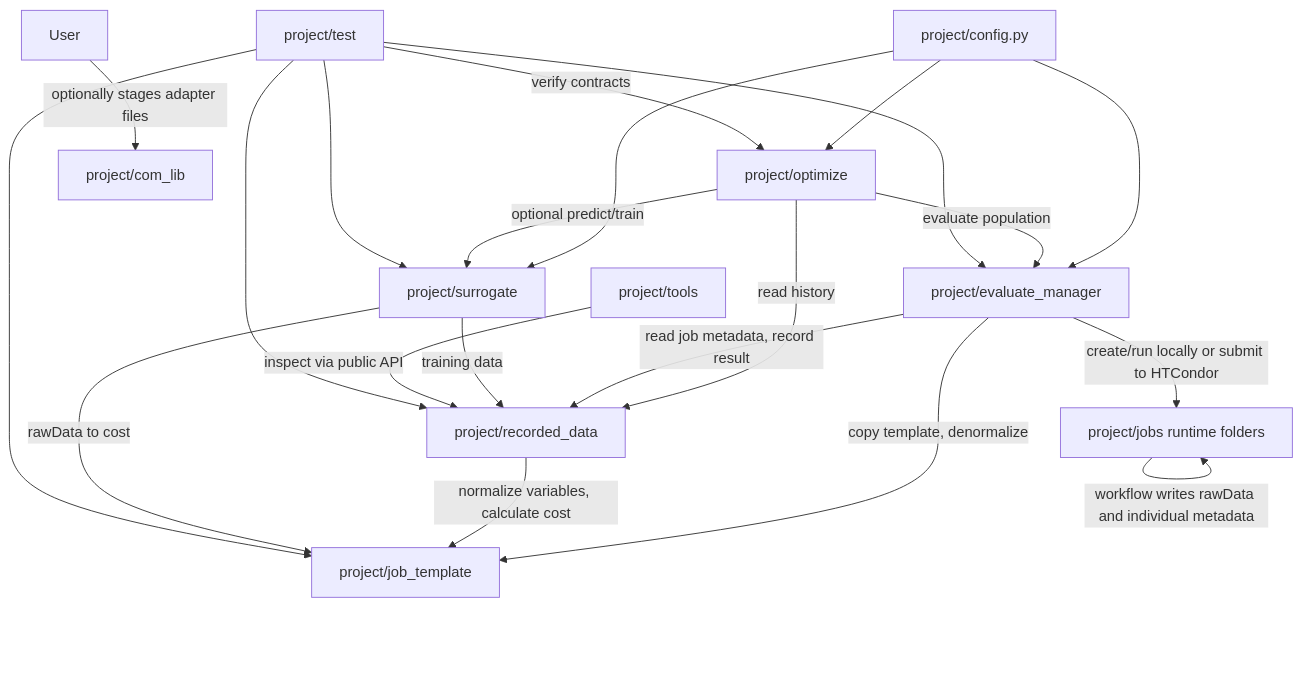
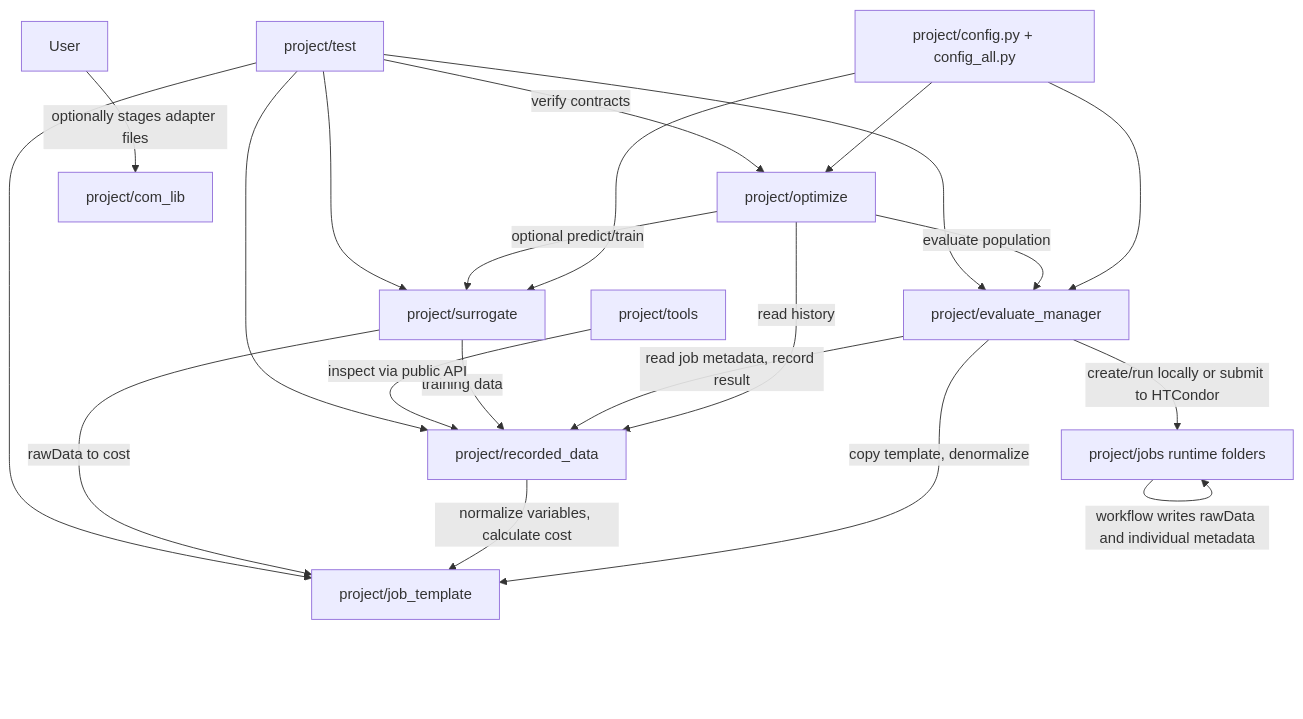
The diagram in dev_doc/architecture/c4_container.md (YS-Pan/yadof), drawn with Mermaid before and after one commit. The commit also changed other lines of this file and 56 other files, not shown here.

````diff
--- a/dev_doc/architecture/c4_container.md
+++ b/dev_doc/architecture/c4_container.md
@@ -5,27 +5,27 @@
 ```mermaid
 flowchart TD
-    Config["project/config.py"] --> Optimize["project/optimize"]
+    Config["project/config.py + config_all.py"] --> Optimize["project/optimize"]
     Config --> Evaluate["project/evaluate_manager"]
     Config --> Surrogate["project/surrogate"]
 
     Optimize -->|evaluate population| Evaluate
     Optimize -->|read history| Recorded["project/recorded_data"]
     Optimize -->|optional predict/train| Surrogate
 
     Evaluate -->|copy template, denormalize| Template["project/job_template"]
     User -->|optionally stages adapter files| ComLib["project/com_lib"]
     Evaluate -->|create/run locally or submit to HTCondor| Jobs["project/jobs runtime folders"]
     Jobs -->|workflow writes rawData and individual metadata| Jobs
     Evaluate -->|read job metadata, record result| Recorded
 
     Recorded -->|normalize variables, calculate cost| Template
     Surrogate -->|training data| Recorded
     Surrogate -->|rawData to cost| Template
 
     Tools["project/tools"] -->|inspect via public API| Recorded
     Tests["project/test"] -->|verify contracts| Optimize
     Tests --> Evaluate
     Tests --> Template
     Tests --> Recorded
     Tests --> Surrogate
 ```
````
